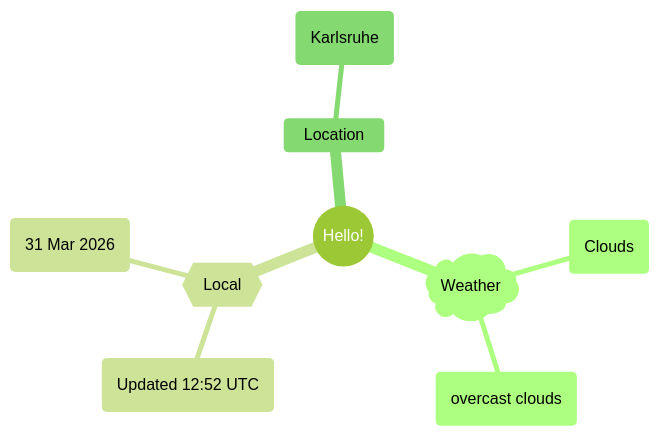
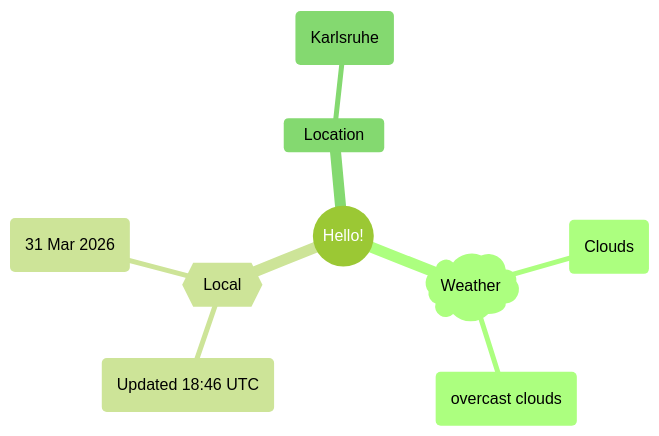
The first of 2 diagrams in README.md (Xosrov/Xosrov), drawn with Mermaid (forest theme) before and after one commit.

Commit message:
[bot] updated images

````diff
--- a/README.md
+++ b/README.md
@@ -3,12 +3,12 @@
 ```mermaid
 mindmap
   root((Hello!))
     )Weather(
         (Clouds)
         (overcast clouds)
     {{Local}}
-        (Updated 12:52 UTC)
+        (Updated 18:46 UTC)
         (31 Mar 2026)
     Location
         (Karlsruhe)
 ```
````
